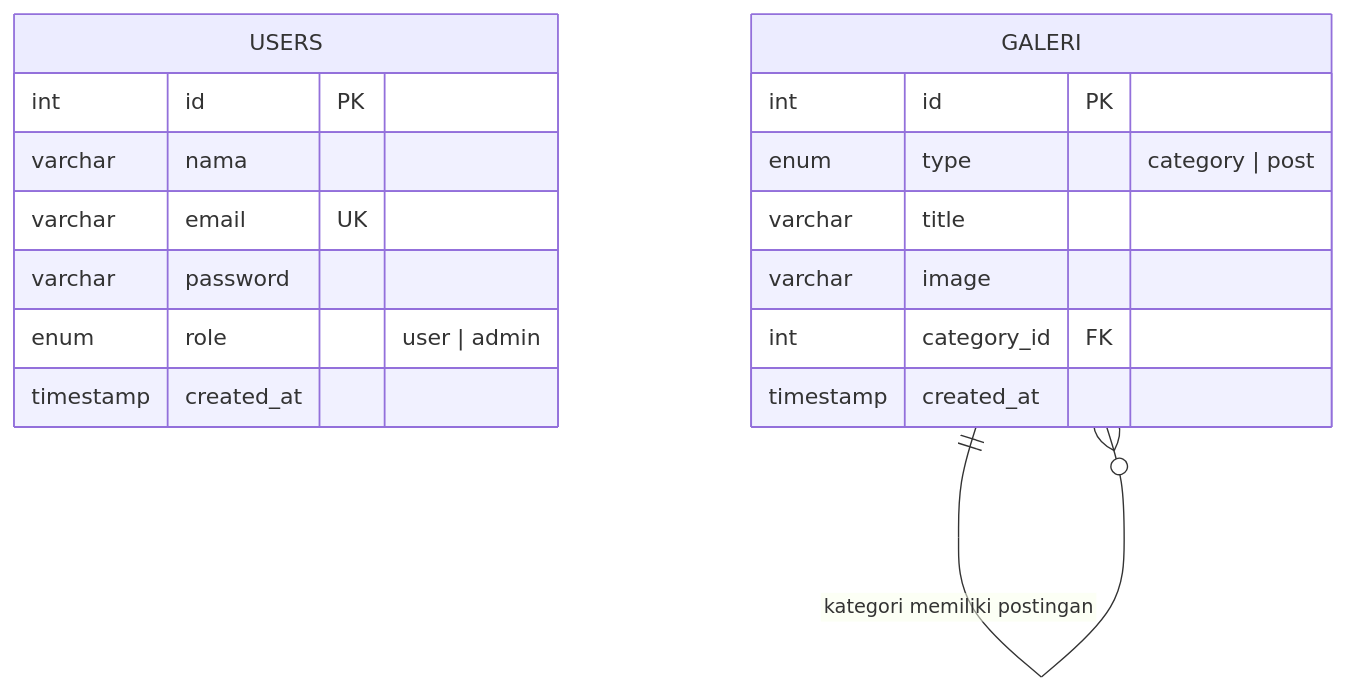
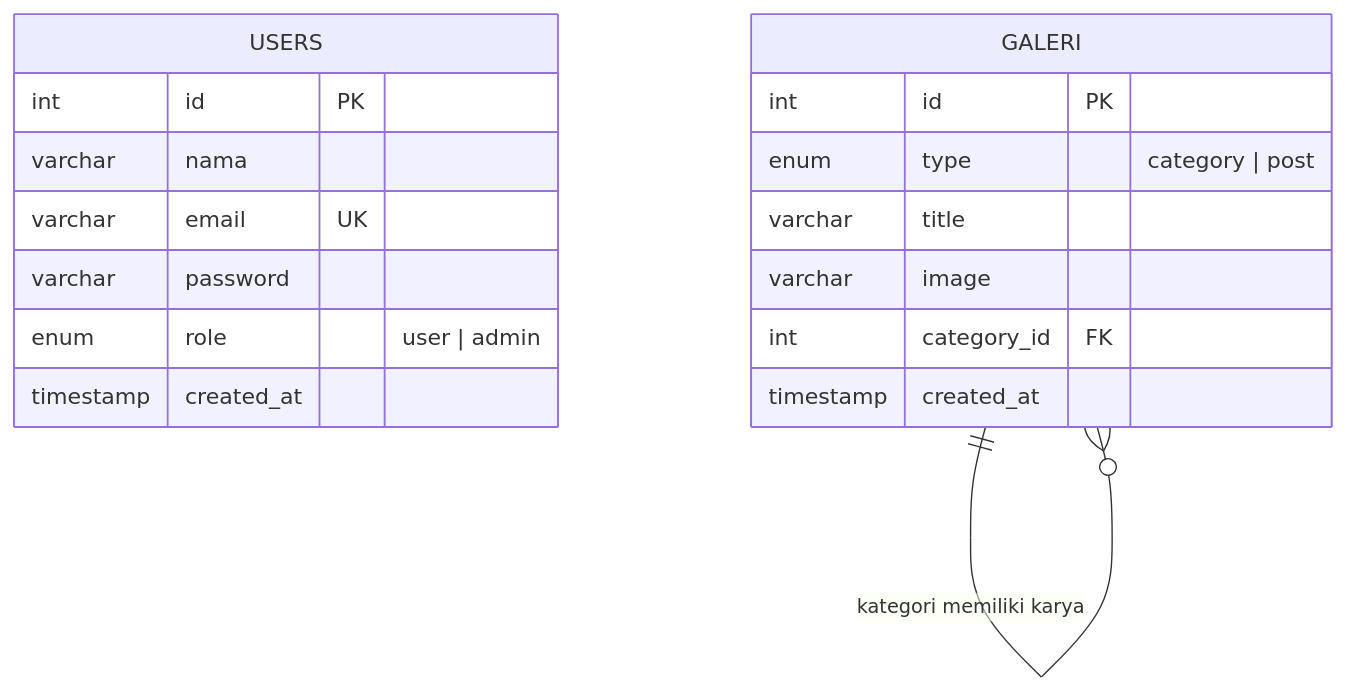
Before and after one commit to hamdandzrpl/DPIB-projects: the third of 3 diagrams in README.md, drawn with Mermaid. The commit also changed other lines of this file, not shown here.

````diff
--- a/README.md
+++ b/README.md
@@ -225,20 +275,20 @@
 ```mermaid
 erDiagram
     USERS {
         int id PK
         varchar nama
         varchar email UK
         varchar password
         enum role "user | admin"
         timestamp created_at
     }
     GALERI {
         int id PK
         enum type "category | post"
         varchar title
         varchar image
         int category_id FK
         timestamp created_at
     }
-    GALERI ||--o{ GALERI : "kategori memiliki postingan"
+    GALERI ||--o{ GALERI : "kategori memiliki karya"
 ```
````
